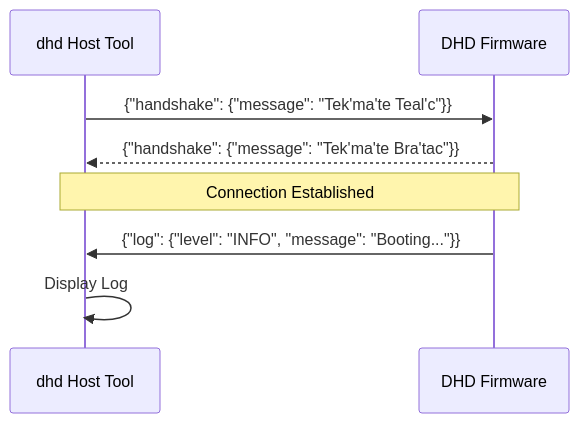
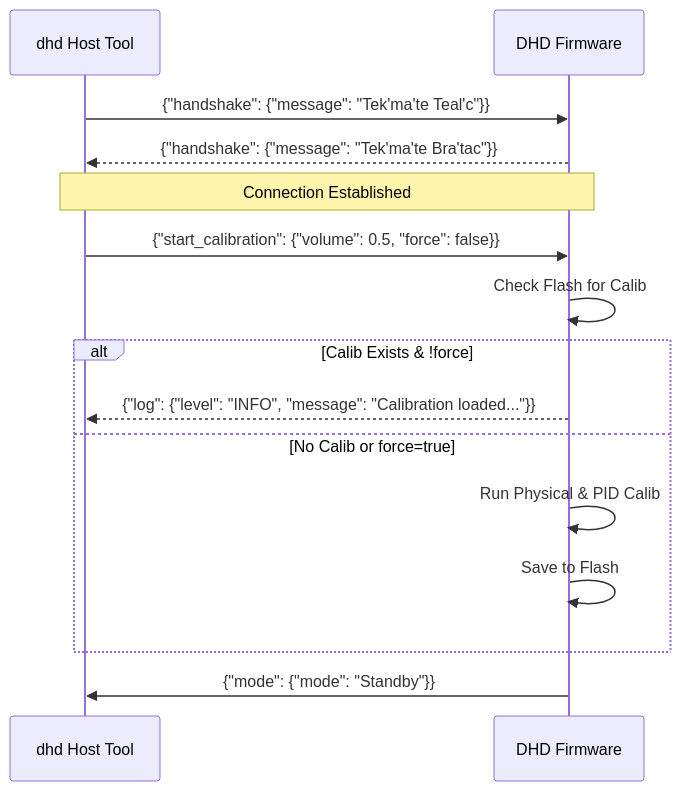
One commit to Xowap/dhd changed the third of 3 diagrams in doc/protocol.md. Above: the diagram before and after it, drawn with Mermaid. The commit also changed other lines of this file and 17 other files, not shown here.

First line of the commit message:
[LOG-NONE] Implement persistent calibration storage and host-driven calibration

````diff
--- a/doc/protocol.md
+++ b/doc/protocol.md
@@ -116,12 +155,20 @@
 ```mermaid
 sequenceDiagram
     participant Host as dhd Host Tool
     participant Device as DHD Firmware
 
     Host->>Device: {"handshake": {"message": "Tek'ma'te Teal'c"}}
     Device-->>Host: {"handshake": {"message": "Tek'ma'te Bra'tac"}}
     Note over Host,Device: Connection Established
 
-    Device->>Host: {"log": {"level": "INFO", "message": "Booting..."}}
-    Host->>Host: Display Log
+    Host->>Device: {"start_calibration": {"volume": 0.5, "force": false}}
+    Device->>Device: Check Flash for Calib
+    alt Calib Exists & !force
+        Device-->>Host: {"log": {"level": "INFO", "message": "Calibration loaded..."}}
+    else No Calib or force=true
+        Device->>Device: Run Physical & PID Calib
+        Device->>Device: Save to Flash
+    end
+
+    Device->>Host: {"mode": {"mode": "Standby"}}
 ```
````
